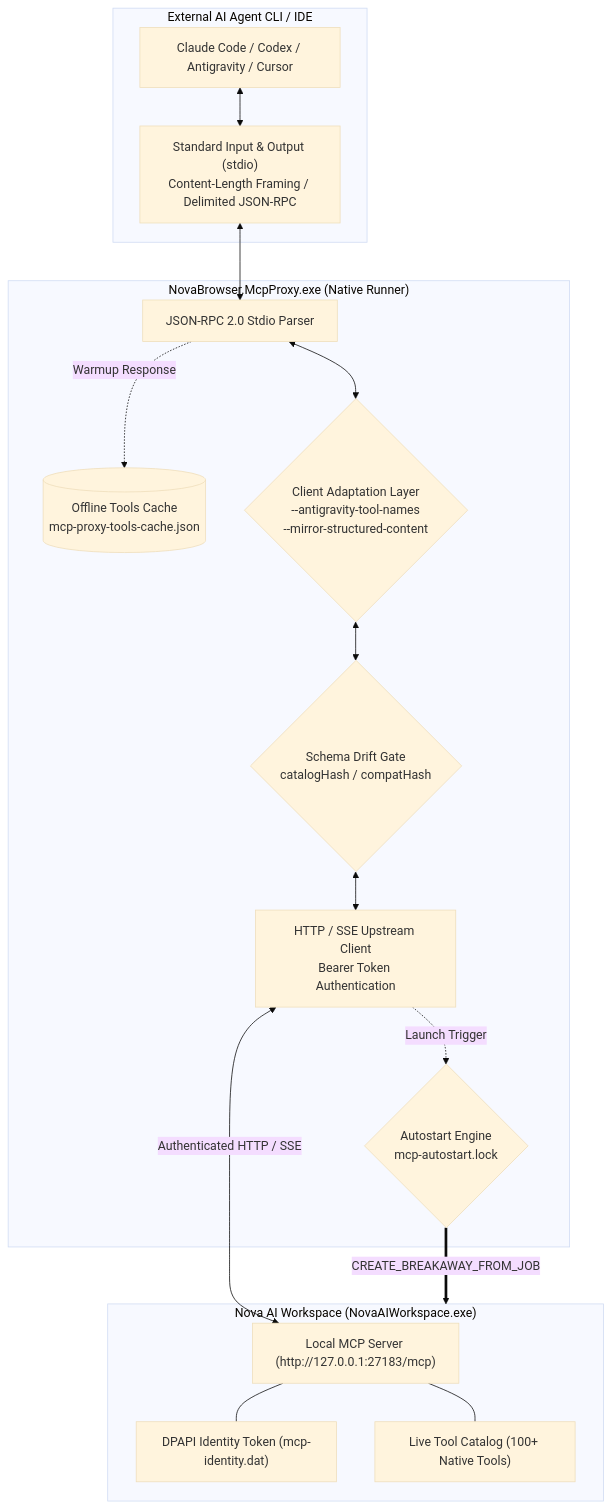
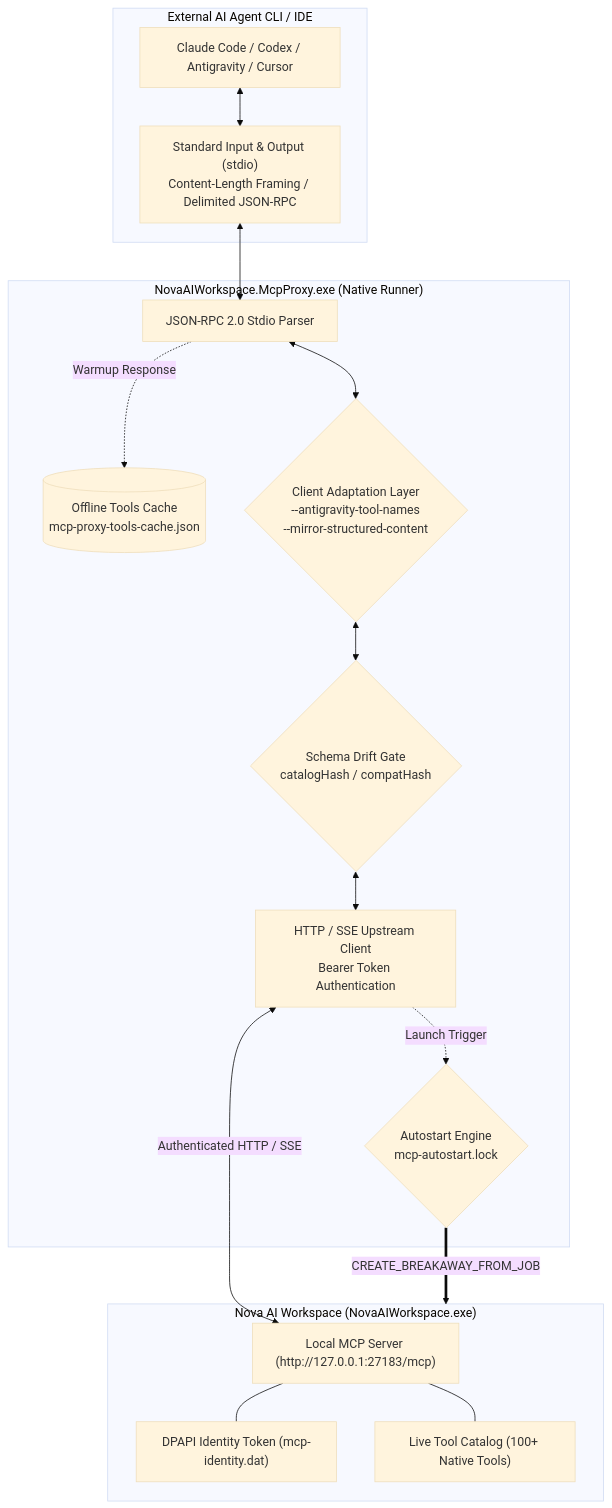
Before and after one commit to joelaniol/nova: the first of 6 diagrams in docs/components/mcp-proxy.md, drawn with Mermaid (base theme). The commit also changed other lines of this file and 58 other files, not shown here.

Commit message:
docs: run_rows tools, fastlane memory tools, NovaAIWorkspace helper names

````diff
--- a/docs/components/mcp-proxy.md
+++ b/docs/components/mcp-proxy.md
@@ -8,36 +8,36 @@
 ```mermaid
 flowchart TD
     subgraph AgentClient ["External AI Agent CLI / IDE"]
         Client["Claude Code / Codex / Antigravity / Cursor"]
         Transport["Standard Input & Output (stdio)<br/>Content-Length Framing / Delimited JSON-RPC"]
         Client <--> Transport
     end
 
-    subgraph McpProxy ["NovaBrowser.McpProxy.exe (Native Runner)"]
+    subgraph McpProxy ["NovaAIWorkspace.McpProxy.exe (Native Runner)"]
         StdioBridge["JSON-RPC 2.0 Stdio Parser"]
         DriftGate{"Schema Drift Gate<br/>catalogHash / compatHash"}
         ToolCache[("Offline Tools Cache<br/>mcp-proxy-tools-cache.json")]
         AutostartEngine{"Autostart Engine<br/>mcp-autostart.lock"}
         UpstreamClient["HTTP / SSE Upstream Client<br/>Bearer Token Authentication"]
         Adaptation{"Client Adaptation Layer<br/>--antigravity-tool-names<br/>--mirror-structured-content"}
         
         StdioBridge <--> Adaptation
         Adaptation <--> DriftGate
         DriftGate <--> UpstreamClient
         StdioBridge -.->|"Warmup Response"| ToolCache
         UpstreamClient -.->|"Launch Trigger"| AutostartEngine
     end
 
     subgraph NovaApp ["Nova AI Workspace (NovaAIWorkspace.exe)"]
         LocalServer["Local MCP Server (http://127.0.0.1:27183/mcp)"]
         IdentityVault["DPAPI Identity Token (mcp-identity.dat)"]
         ToolCatalog["Live Tool Catalog (100+ Native Tools)"]
         
         LocalServer --- IdentityVault
         LocalServer --- ToolCatalog
     end
 
     Transport <--> StdioBridge
     UpstreamClient <-->|"Authenticated HTTP / SSE"| LocalServer
     AutostartEngine ==>|"CREATE_BREAKAWAY_FROM_JOB"| NovaApp
 ```
````
